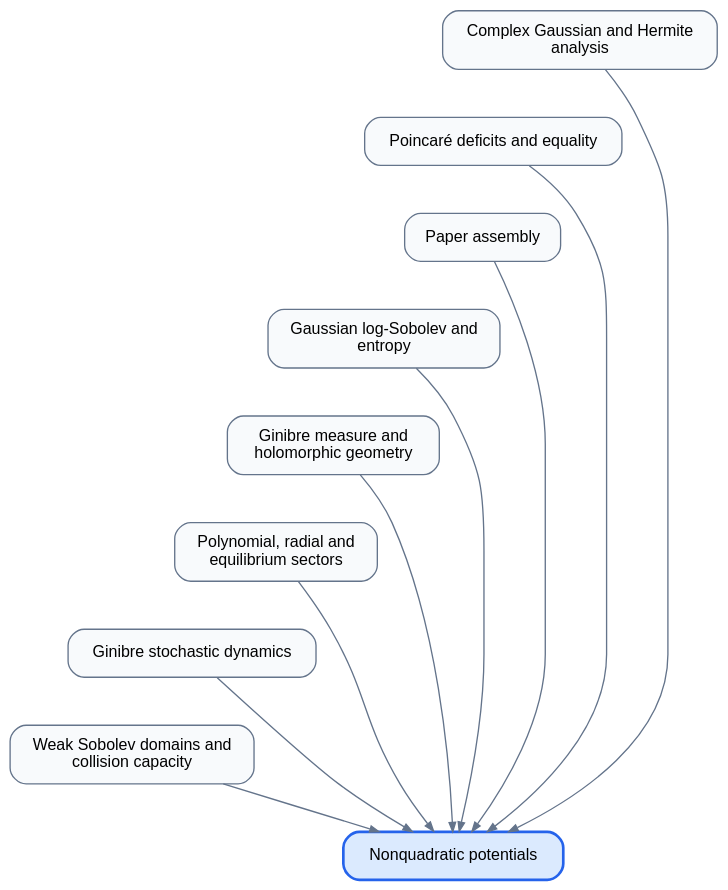
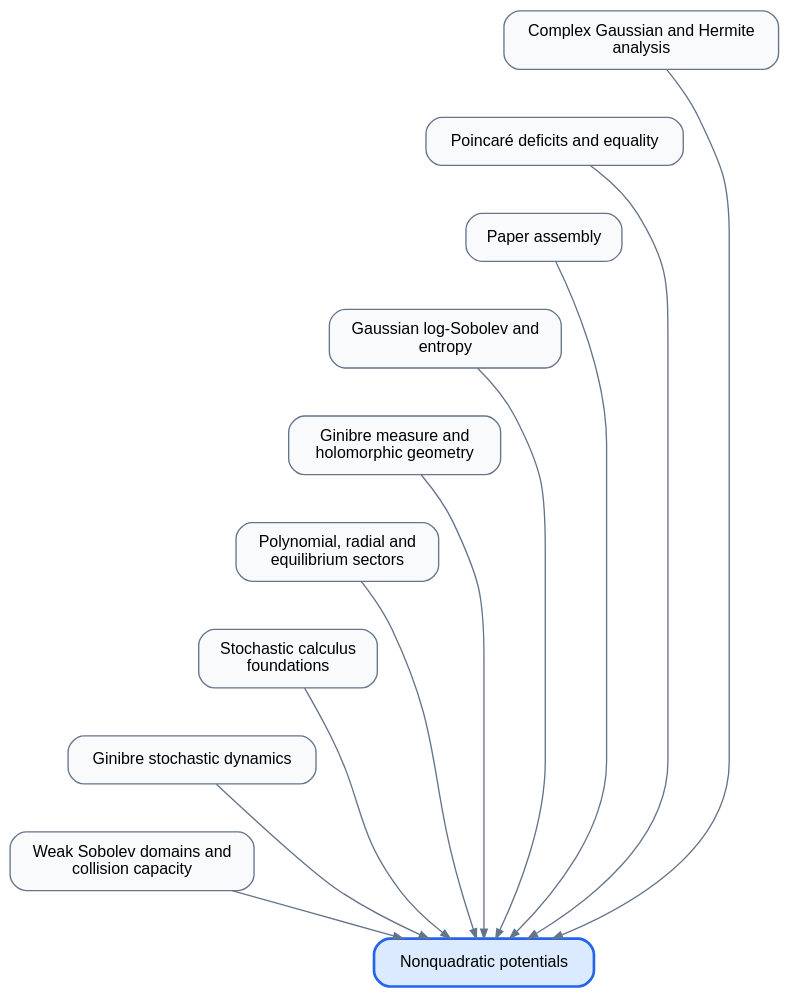
The diagram in diagrams/NonQuadratic.dot (djalilchafai/ginibre-poincare), drawn with Graphviz before and after one commit. The commit also changed 61 other files, not shown here.

```diff
--- a/diagrams/NonQuadratic.dot
+++ b/diagrams/NonQuadratic.dot
@@ -1,30 +1,33 @@
 digraph dependencies {
 rankdir=TB;
 graph [bgcolor="transparent", pad="0.3", nodesep="0.3"];
 node [shape=box, style="rounded,filled", fillcolor="#f8fafc", color="#64748b", fontname="sans-serif", fontsize=12, margin="0.18,0.12"];
 edge [color="#64748b", arrowsize=0.7];
 ComplexGaussianHermite [label="Complex Gaussian and Hermite\nanalysis"];
 DeficitsEquality [label="Poincaré deficits and equality"];
 Endgame [label="Paper assembly"];
 GaussianLSI [label="Gaussian log-Sobolev and\nentropy"];
 GinibreMeasureGeometry [label="Ginibre measure and\nholomorphic geometry"];
 PolynomialRadial [label="Polynomial, radial and\nequilibrium sectors"];
+StochasticCalculus [label="Stochastic calculus\nfoundations"];
 StochasticDynamics [label="Ginibre stochastic dynamics"];
 WeakSobolev [label="Weak Sobolev domains and\ncollision capacity"];
 NonQuadratic [label="Nonquadratic potentials", fillcolor="#dbeafe", color="#2563eb", penwidth=2];
 ComplexGaussianHermite -> NonQuadratic;
 DeficitsEquality -> NonQuadratic;
 Endgame -> NonQuadratic;
 GaussianLSI -> NonQuadratic;
 GinibreMeasureGeometry -> NonQuadratic;
 PolynomialRadial -> NonQuadratic;
+StochasticCalculus -> NonQuadratic;
 StochasticDynamics -> NonQuadratic;
 WeakSobolev -> NonQuadratic;
 ComplexGaussianHermite -> DeficitsEquality [style=invis];
 DeficitsEquality -> Endgame [style=invis];
 Endgame -> GaussianLSI [style=invis];
 GaussianLSI -> GinibreMeasureGeometry [style=invis];
 GinibreMeasureGeometry -> PolynomialRadial [style=invis];
-PolynomialRadial -> StochasticDynamics [style=invis];
+PolynomialRadial -> StochasticCalculus [style=invis];
+StochasticCalculus -> StochasticDynamics [style=invis];
 StochasticDynamics -> WeakSobolev [style=invis];
 }
```
